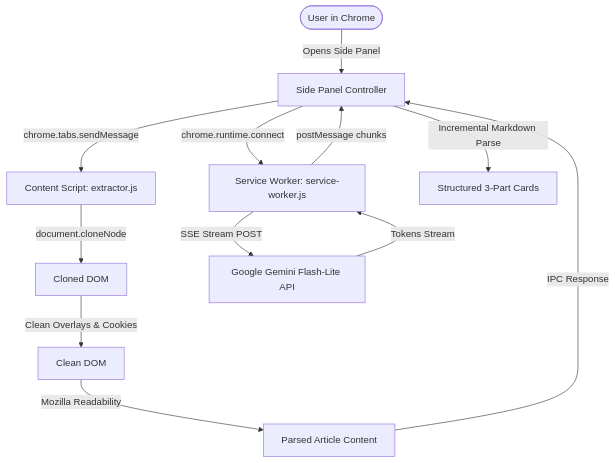
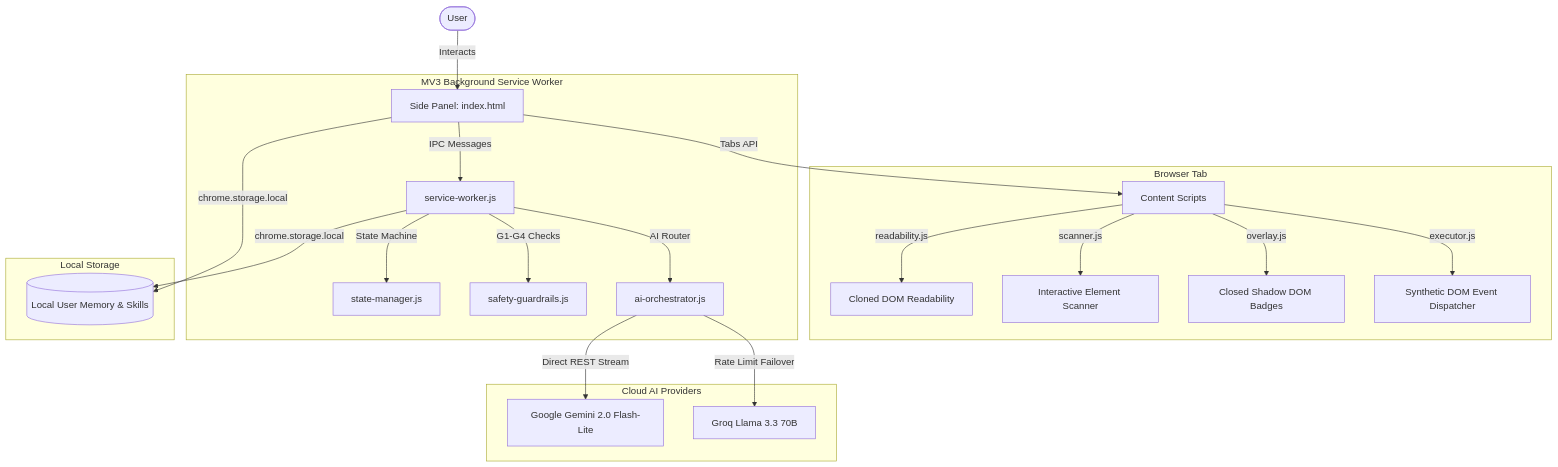
Before and after one commit to kasturimaheshbabu2316-mc/own-web-browser: the diagram in README.md, drawn with Mermaid. The commit also changed other lines of this file and 14 other files, not shown here.

````diff
--- a/README.md
+++ b/README.md
@@ -148,14 +103,28 @@
 ```mermaid
 graph TD
-    User([User in Chrome]) -->|Opens Side Panel| SP[Side Panel Controller]
-    SP -->|chrome.tabs.sendMessage| CS[Content Script: extractor.js]
-    CS -->|document.cloneNode| DOM[Cloned DOM]
-    DOM -->|Clean Overlays & Cookies| CR[Clean DOM]
-    CR -->|Mozilla Readability| RD[Parsed Article Content]
-    RD -->|IPC Response| SP
-    SP -->|chrome.runtime.connect| SW[Service Worker: service-worker.js]
-    SW -->|SSE Stream POST| GEMINI[Google Gemini Flash-Lite API]
-    GEMINI -->|Tokens Stream| SW
-    SW -->|postMessage chunks| SP
-    SP -->|Incremental Markdown Parse| UI[Structured 3-Part Cards]
+    User([User]) -->|Interacts| SP[Side Panel: index.html]
+    SP -->|Tabs API| EXT[Content Scripts]
+
+    subgraph Browser Tab
+        EXT -->|readability.js| RD[Cloned DOM Readability]
+        EXT -->|scanner.js| SC[Interactive Element Scanner]
+        EXT -->|overlay.js| SH[Closed Shadow DOM Badges]
+        EXT -->|executor.js| EX[Synthetic DOM Event Dispatcher]
+    end
+
+    subgraph Service Worker [MV3 Background Service Worker]
+        SP -->|IPC Messages| SW[service-worker.js]
+        SW -->|State Machine| SM[state-manager.js]
+        SW -->|G1-G4 Checks| SG[safety-guardrails.js]
+        SW -->|AI Router| AO[ai-orchestrator.js]
+    end
+
+    subgraph Cloud AI Providers
+        AO -->|Direct REST Stream| GEMINI[Google Gemini 2.0 Flash-Lite]
+        AO -->|Rate Limit Failover| GROQ[Groq Llama 3.3 70B]
+    end
+
+    subgraph Local Storage
+        SP & SW -->|chrome.storage.local| LMEM[(Local User Memory & Skills)]
+    end
 ```
````
